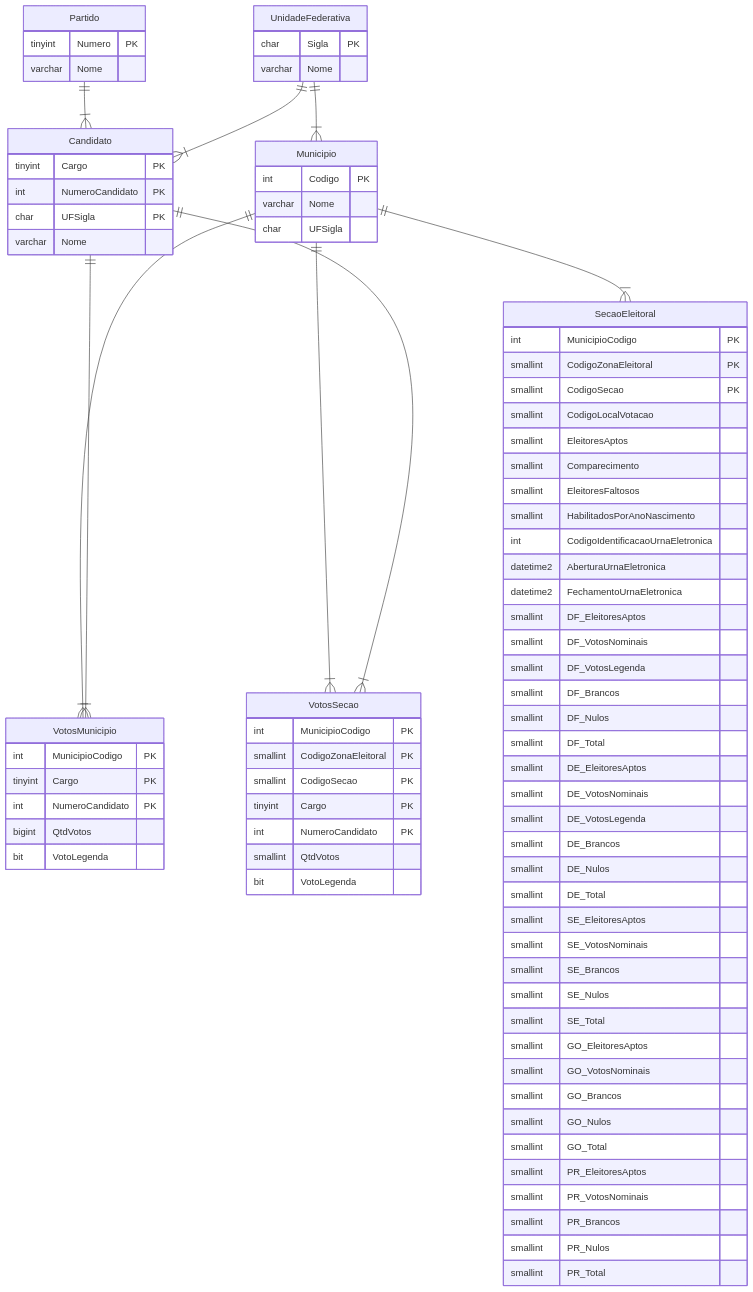
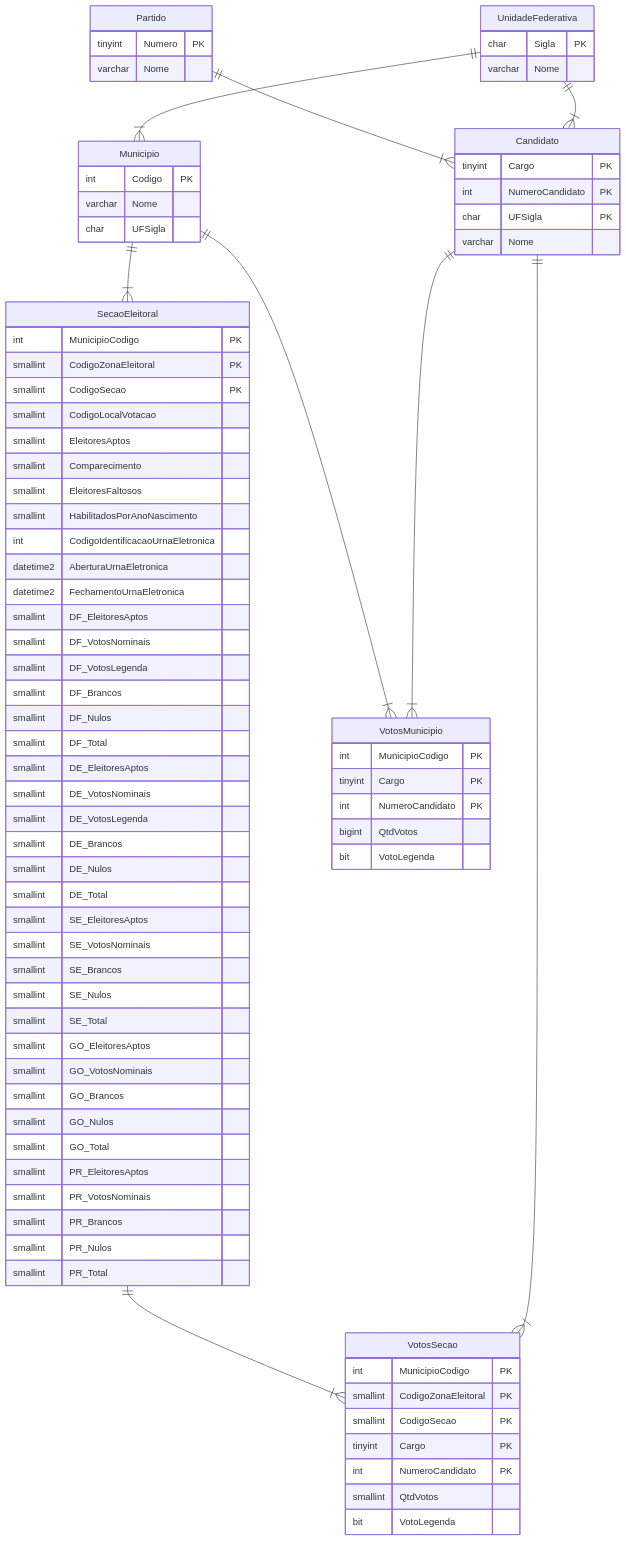
The diagram in BancoDeDados.md (danarrib/TSEParser), drawn with Mermaid before and after one commit.

```diff
--- a/BancoDeDados.md
+++ b/BancoDeDados.md
@@ -9,7 +9,7 @@
 UnidadeFederativa ||--|{ Candidato: ""
 Municipio ||--|{ SecaoEleitoral: ""
 Municipio ||--|{ VotosMunicipio: ""
-Municipio ||--|{ VotosSecao: ""
+SecaoEleitoral ||--|{ VotosSecao: ""
 Candidato ||--|{ VotosMunicipio: ""
 Candidato ||--|{ VotosSecao: ""
 Candidato {
```
